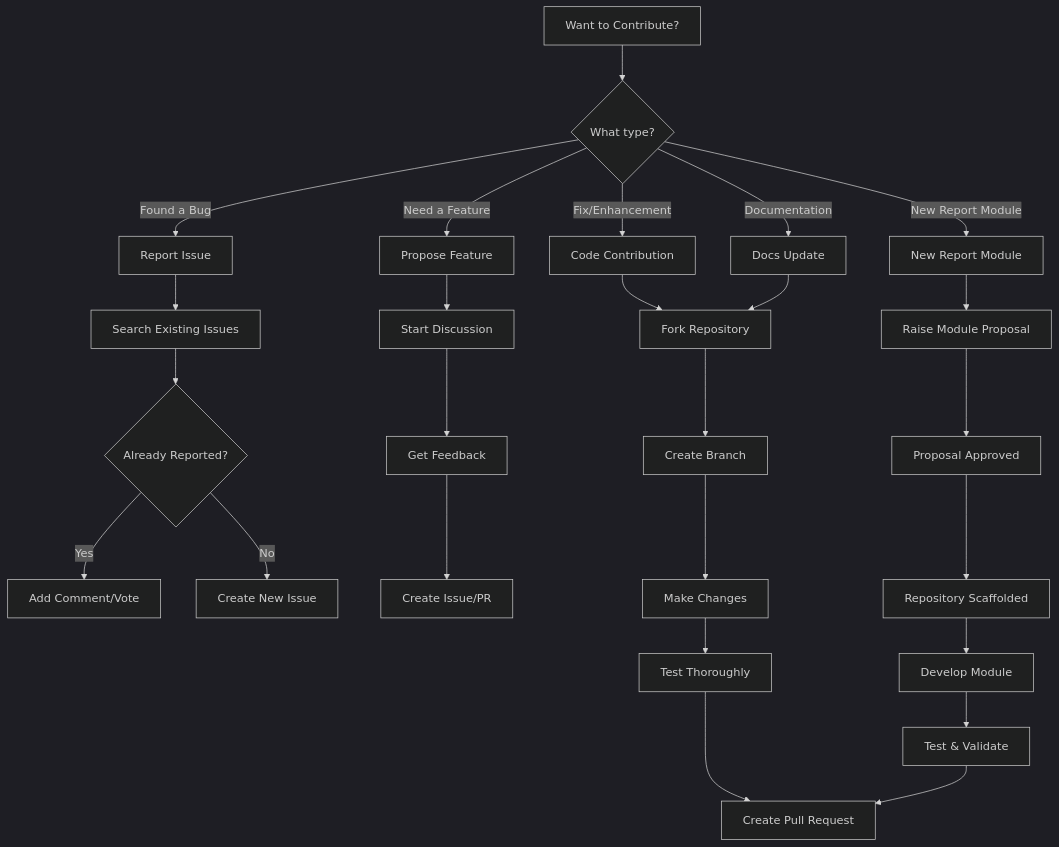
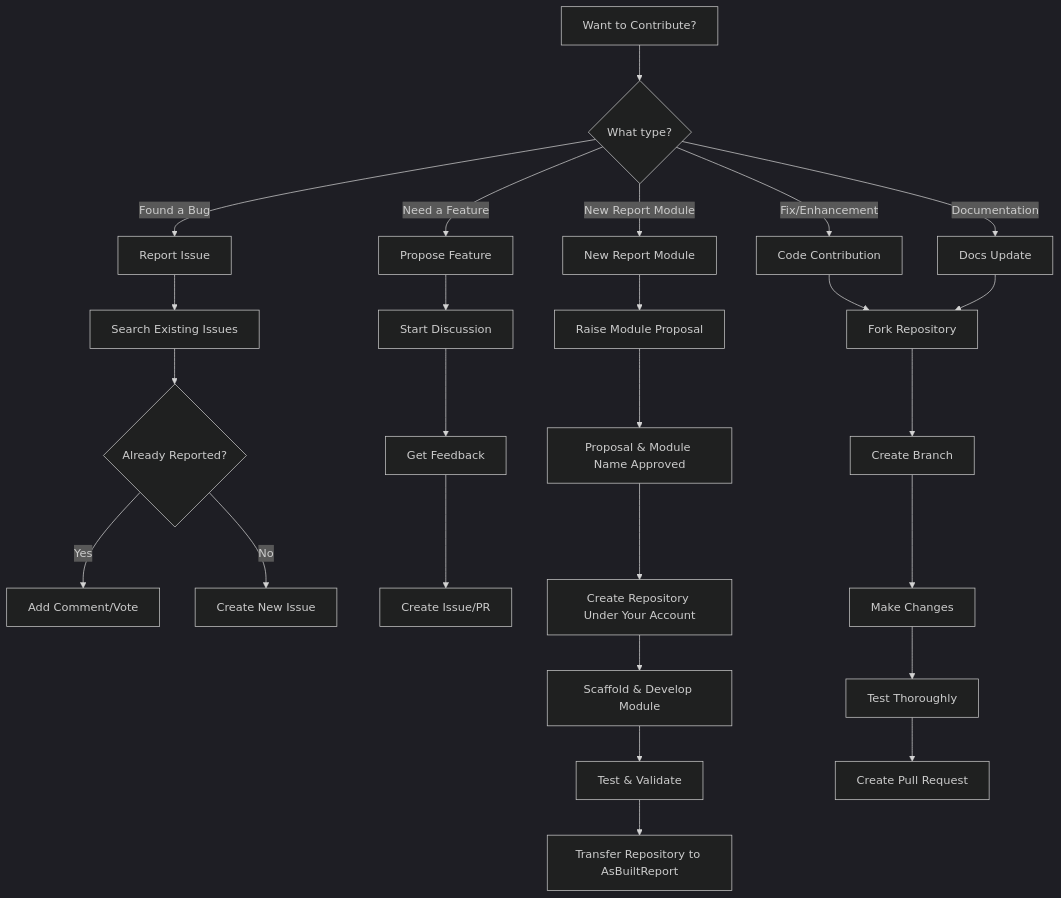
The diagram in docs/dev-guide/contributing.md (AsBuiltReport/AsBuiltReport.Project.Website), drawn with Mermaid (dark theme) before and after one commit. The commit also changed other lines of this file, not shown here.

Commit message:
Update contributing guide for contributor-owned module repos
Update the new report module flowchart and section to reflect that
contributors create the repository under their own account once the
proposal and module name are approved, then transfer it to the
AsBuiltReport organisation when ready for review.

````diff
--- a/docs/dev-guide/contributing.md
+++ b/docs/dev-guide/contributing.md
@@ -25,31 +25,32 @@
 ```mermaid
 flowchart TD
     A[Want to Contribute?] --> B{What type?}
     B -->|Found a Bug| C[Report Issue]
     B -->|Need a Feature| D[Propose Feature]
     B -->|Fix/Enhancement| E[Code Contribution]
     B -->|Documentation| F[Docs Update]
     B -->|New Report Module| S[New Report Module]
 
     C --> G[Search Existing Issues]
     G --> H{Already Reported?}
     H -->|Yes| I[Add Comment/Vote]
     H -->|No| J[Create New Issue]
 
     D --> K[Start Discussion]
     K --> L[Get Feedback]
     L --> M[Create Issue/PR]
 
     E & F --> N[Fork Repository]
     N --> O[Create Branch]
     O --> P[Make Changes]
     P --> Q[Test Thoroughly]
 
     S --> T[Raise Module Proposal]
-    T --> U[Proposal Approved]
-    U --> W[Repository Scaffolded]
-    W --> X[Develop Module]
+    T --> U[Proposal & Module Name Approved]
+    U --> W[Create Repository Under Your Account]
+    W --> X[Scaffold & Develop Module]
     X --> V[Test & Validate]
+    V --> Y[Transfer Repository to AsBuiltReport]
 
-    Q & V --> R[Create Pull Request]
+    Q --> R[Create Pull Request]
 ```
````
